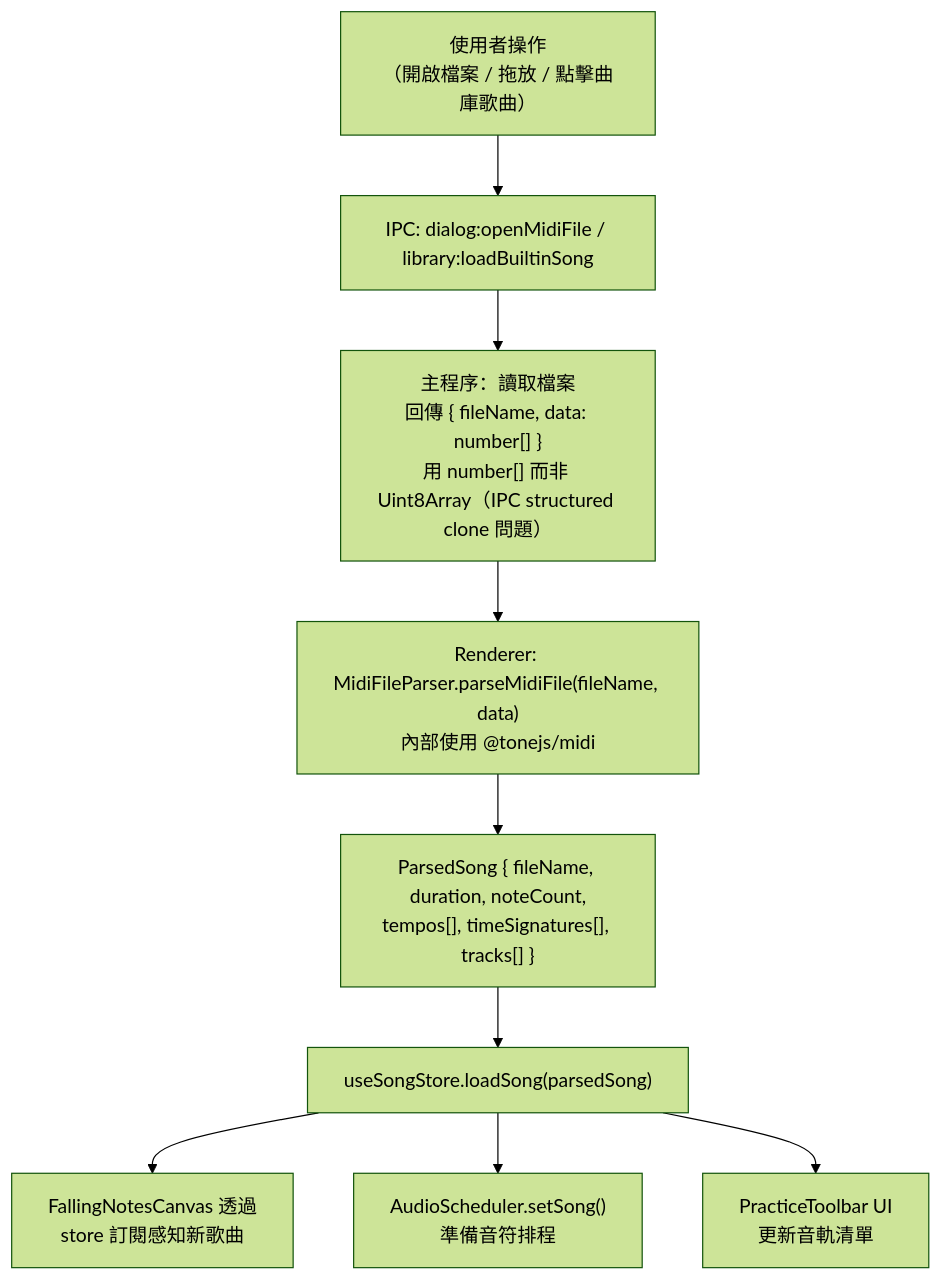
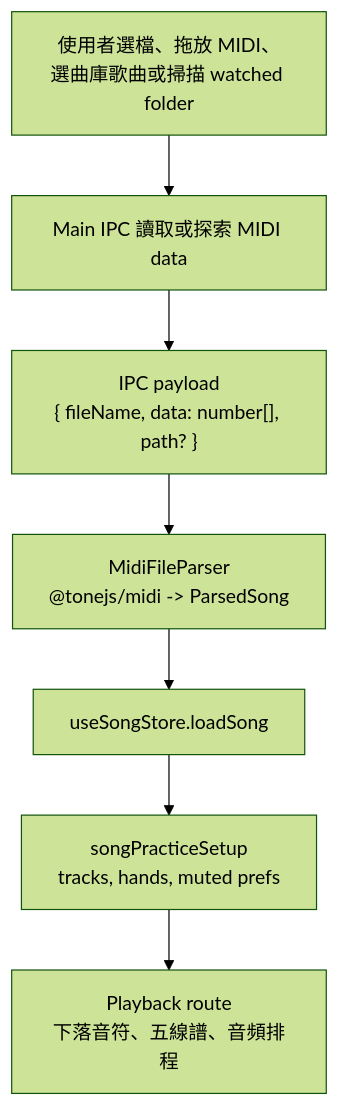
Before and after one commit to EndeavorYen/Rexiano: the third of 6 diagrams in docs/architecture-zh.md, drawn with Mermaid (forest theme). The commit also changed other lines of this file and 26 other files, not shown here.

````diff
--- a/docs/architecture-zh.md
+++ b/docs/architecture-zh.md
@@ -157,15 +131,13 @@
 ```mermaid
 flowchart TD
-    A["使用者操作\n（開啟檔案 / 拖放 / 點擊曲庫歌曲）"]
-    B["IPC: dialog:openMidiFile / library:loadBuiltinSong"]
-    C["主程序：讀取檔案\n回傳 { fileName, data: number[] }\n用 number[] 而非 Uint8Array（IPC structured clone 問題）"]
-    D["Renderer: MidiFileParser.parseMidiFile(fileName, data)\n內部使用 @tonejs/midi"]
-    E["ParsedSong { fileName, duration, noteCount,\ntempos[], timeSignatures[], tracks[] }"]
-    F["useSongStore.loadSong(parsedSong)"]
-    G["FallingNotesCanvas 透過\nstore 訂閱感知新歌曲"]
-    H["AudioScheduler.setSong()\n準備音符排程"]
-    I["PracticeToolbar UI\n更新音軌清單"]
+    User["使用者選檔、拖放 MIDI、\n選曲庫歌曲或掃描 watched folder"]
+    Main["Main IPC 讀取或探索 MIDI data"]
+    Payload["IPC payload\n{ fileName, data: number[], path? }"]
+    Parse["MidiFileParser\n@tonejs/midi -> ParsedSong"]
+    SongStore["useSongStore.loadSong"]
+    PracticeSetup["songPracticeSetup\ntracks, hands, muted prefs"]
+    Playback["Playback route\n下落音符、五線譜、音頻排程"]
 
-    A --> B --> C --> D --> E --> F
-    F --> G & H & I
+    User --> Main --> Payload --> Parse --> SongStore
+    SongStore --> PracticeSetup --> Playback
 ```
````
